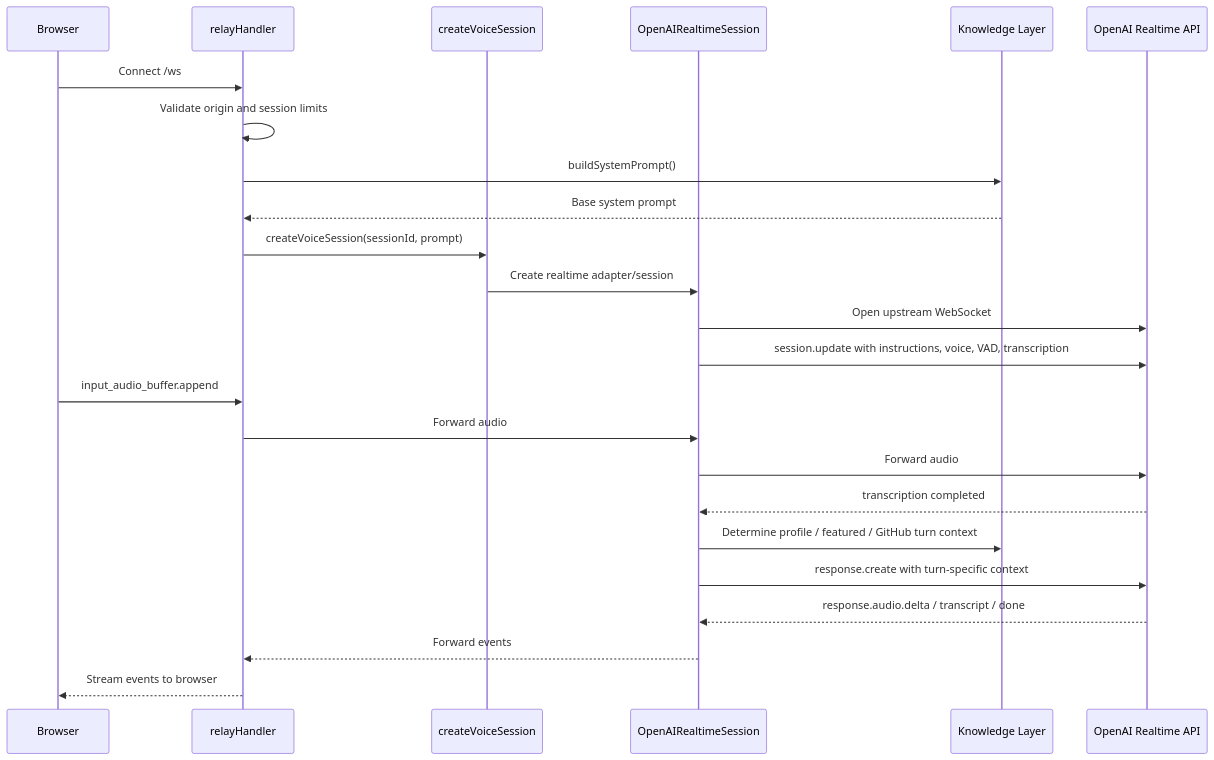
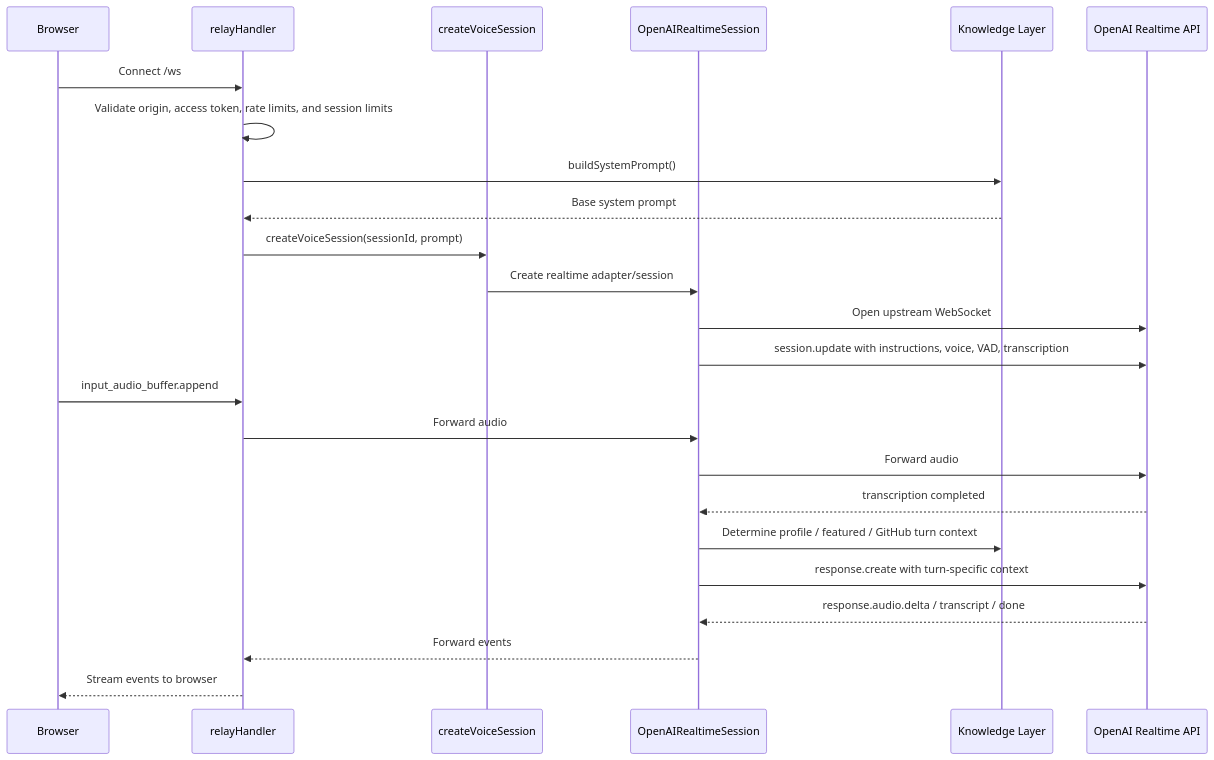
The third of 5 diagrams in docs/ARCHITECTURE.md (yubi00/ai-portfolio-voice-service), drawn with Mermaid before and after one commit. The commit also changed other lines of this file and 11 other files, not shown here.

````diff
--- a/docs/ARCHITECTURE.md
+++ b/docs/ARCHITECTURE.md
@@ -107,27 +107,27 @@
 ```mermaid
 sequenceDiagram
     participant B as Browser
     participant R as relayHandler
     participant F as createVoiceSession
     participant S as OpenAIRealtimeSession
     participant K as Knowledge Layer
     participant O as OpenAI Realtime API
 
     B->>R: Connect /ws
-    R->>R: Validate origin and session limits
+    R->>R: Validate origin, access token, rate limits, and session limits
     R->>K: buildSystemPrompt()
     K-->>R: Base system prompt
     R->>F: createVoiceSession(sessionId, prompt)
     F->>S: Create realtime adapter/session
     S->>O: Open upstream WebSocket
     S->>O: session.update with instructions, voice, VAD, transcription
     B->>R: input_audio_buffer.append
     R->>S: Forward audio
     S->>O: Forward audio
     O-->>S: transcription completed
     S->>K: Determine profile / featured / GitHub turn context
     S->>O: response.create with turn-specific context
     O-->>S: response.audio.delta / transcript / done
     S-->>R: Forward events
     R-->>B: Stream events to browser
 ```
````
